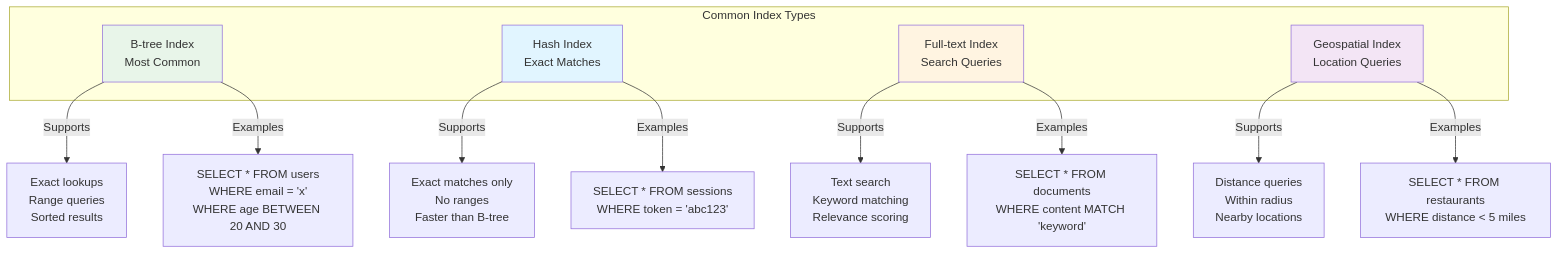
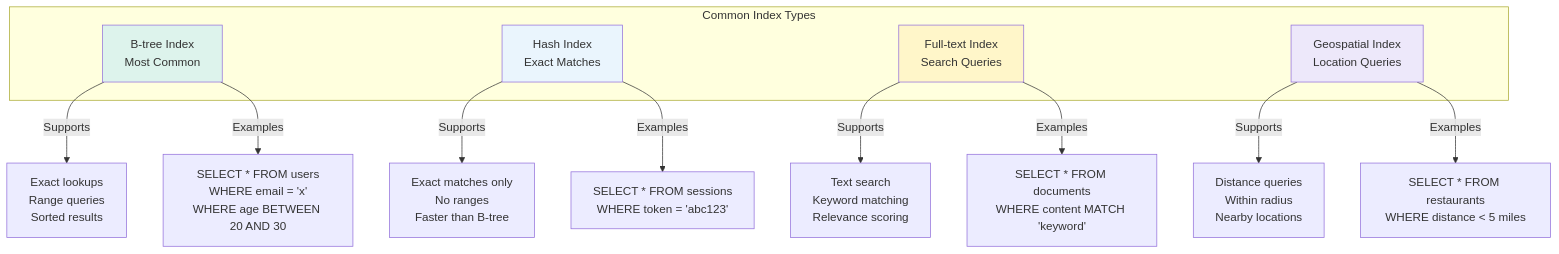
One commit to cartmancodes/InterviewVault changed the eighth of 34 diagrams in LLD/CoreConcepts/CoreConcepts.md. Above: the diagram before and after it, drawn with Mermaid. The commit also changed other lines of this file and 679 other files, not shown here.

Commit message:
Unify content diagrams and add accessible visual walkthroughs

````diff
--- a/LLD/CoreConcepts/CoreConcepts.md
+++ b/LLD/CoreConcepts/CoreConcepts.md
@@ -334,24 +334,24 @@
 ```mermaid
 graph TB
     subgraph "Common Index Types"
         BT[B-tree Index<br/>Most Common]
         HI[Hash Index<br/>Exact Matches]
         FT[Full-text Index<br/>Search Queries]
         GS[Geospatial Index<br/>Location Queries]
     end
     
     BT -->|Supports| B1[Exact lookups<br/>Range queries<br/>Sorted results]
     HI -->|Supports| H1[Exact matches only<br/>No ranges<br/>Faster than B-tree]
     FT -->|Supports| F1[Text search<br/>Keyword matching<br/>Relevance scoring]
     GS -->|Supports| G1[Distance queries<br/>Within radius<br/>Nearby locations]
     
     BT -->|Examples| BE["SELECT * FROM users<br/>WHERE email = 'x'<br/>WHERE age BETWEEN 20 AND 30"]
     HI -->|Examples| HE["SELECT * FROM sessions<br/>WHERE token = 'abc123'"]
     FT -->|Examples| FE["SELECT * FROM documents<br/>WHERE content MATCH 'keyword'"]
     GS -->|Examples| GE["SELECT * FROM restaurants<br/>WHERE distance < 5 miles"]
     
-    style BT fill:#e8f5e9
-    style HI fill:#e1f5ff
-    style FT fill:#fff4e1
-    style GS fill:#f3e5f5
+    style BT fill:#DDF3EC
+    style HI fill:#EAF5FD
+    style FT fill:#FFF6C9
+    style GS fill:#EDE8FA
 ```
````
